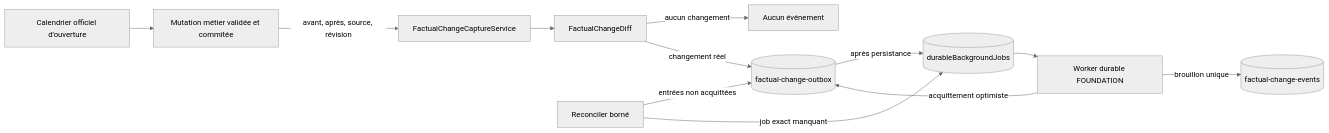
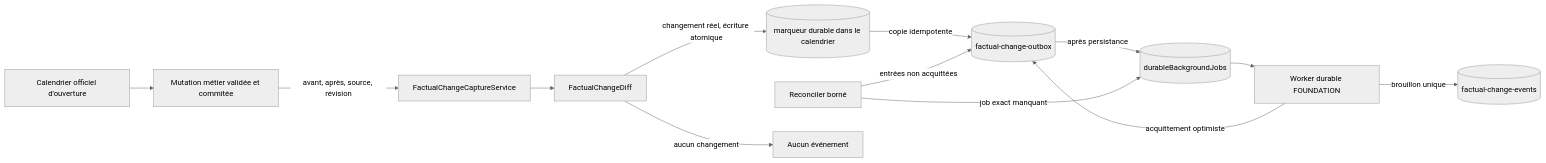
The first of 3 diagrams in docs/architecture/product-growth-watch-05-factual-outbox-2026-09-15.md (Ced59/AmusementParkProject), drawn with Mermaid (neutral theme) before and after one commit. The commit also changed other lines of this file and 21 other files, not shown here.

Commit message:
fix(watch): make factual capture source-durable

````diff
--- a/docs/architecture/product-growth-watch-05-factual-outbox-2026-09-15.md
+++ b/docs/architecture/product-growth-watch-05-factual-outbox-2026-09-15.md
@@ -24,24 +25,26 @@
 ```mermaid
 flowchart LR
     Mutation[Mutation métier validée et commitée]
     Calendar[Calendrier officiel d'ouverture]
     Capture[FactualChangeCaptureService]
     Diff[FactualChangeDiff]
+    SourceMarker[(marqueur durable dans le calendrier)]
     Outbox[(factual-change-outbox)]
     Jobs[(durableBackgroundJobs)]
     Worker[Worker durable FOUNDATION]
     Events[(factual-change-events)]
     Reconciler[Reconciler borné]
 
     Calendar --> Mutation
     Mutation -->|avant, après, source, révision| Capture
     Capture --> Diff
     Diff -->|aucun changement| Stop[Aucun événement]
-    Diff -->|changement réel| Outbox
+    Diff -->|changement réel, écriture atomique| SourceMarker
+    SourceMarker -->|copie idempotente| Outbox
     Outbox -->|après persistance| Jobs
     Jobs --> Worker
     Worker -->|brouillon unique| Events
     Worker -->|acquittement optimiste| Outbox
     Reconciler -->|entrées non acquittées| Outbox
     Reconciler -->|job exact manquant| Jobs
 ```
````
